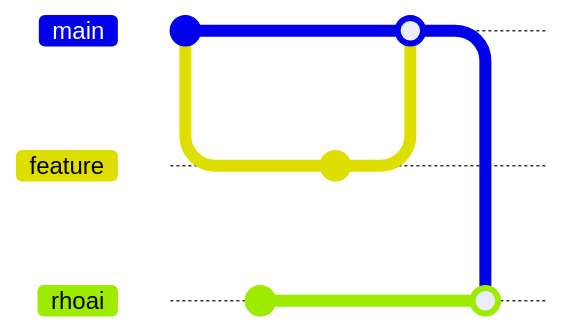
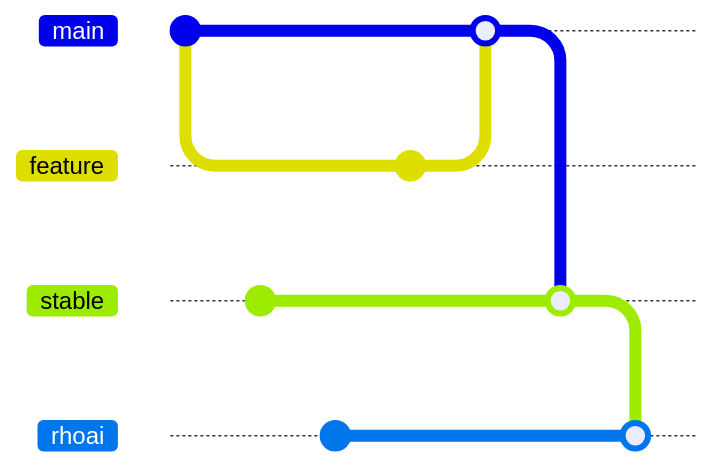
One commit to opendatahub-io/opendatahub-operator changed the first of 2 diagrams in docs/release-workflow-guide.md. Above: the diagram before and after it, drawn with Mermaid. The commit also changed other lines of this file and 1 other file, not shown here. Commit ids are hidden.

````diff
--- a/docs/release-workflow-guide.md
+++ b/docs/release-workflow-guide.md
@@ -35,15 +42,20 @@
 ```mermaid
 gitGraph
+    branch stable order: 3
     branch rhoai order: 4
     checkout main
+    commit
+    checkout stable
     commit
     checkout rhoai
     commit
     checkout main
     branch feature
     commit id: "2-0a10a11"
     checkout main
     merge feature
+    checkout stable
+    merge main
     checkout rhoai
-    merge main
+    merge stable
 ```
````
